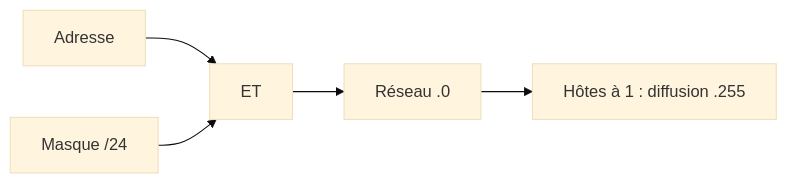
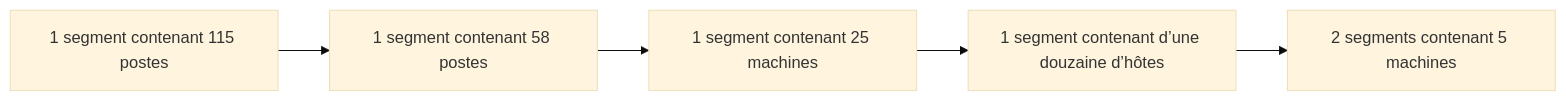
Before and after one commit to sk34pk25/tssr-cours: the third of 5 diagrams in docs/modules/01-bases-reseaux/module-03-l-adressage-ipv4.md, drawn with Mermaid (base theme). The commit also changed other lines of this file and 5 other files, not shown here.

````diff
--- a/docs/modules/01-bases-reseaux/module-03-l-adressage-ipv4.md
+++ b/docs/modules/01-bases-reseaux/module-03-l-adressage-ipv4.md
@@ -44,7 +400,12 @@
 ```mermaid
 flowchart LR
-    A["Adresse"] --> E["ET"]
-    M["Masque /24"] --> E
-    E --> R["Réseau .0"]
-    R --> B["Hôtes à 1 : diffusion .255"]
+    N1["1 segment contenant 115 postes"]
+    N2["1 segment contenant 58 postes"]
+    N3["1 segment contenant 25 machines"]
+    N4["1 segment contenant d’une douzaine d’hôtes"]
+    N5["2 segments contenant 5 machines"]
+    N1 --> N2
+    N2 --> N3
+    N3 --> N4
+    N4 --> N5
 ```
````
